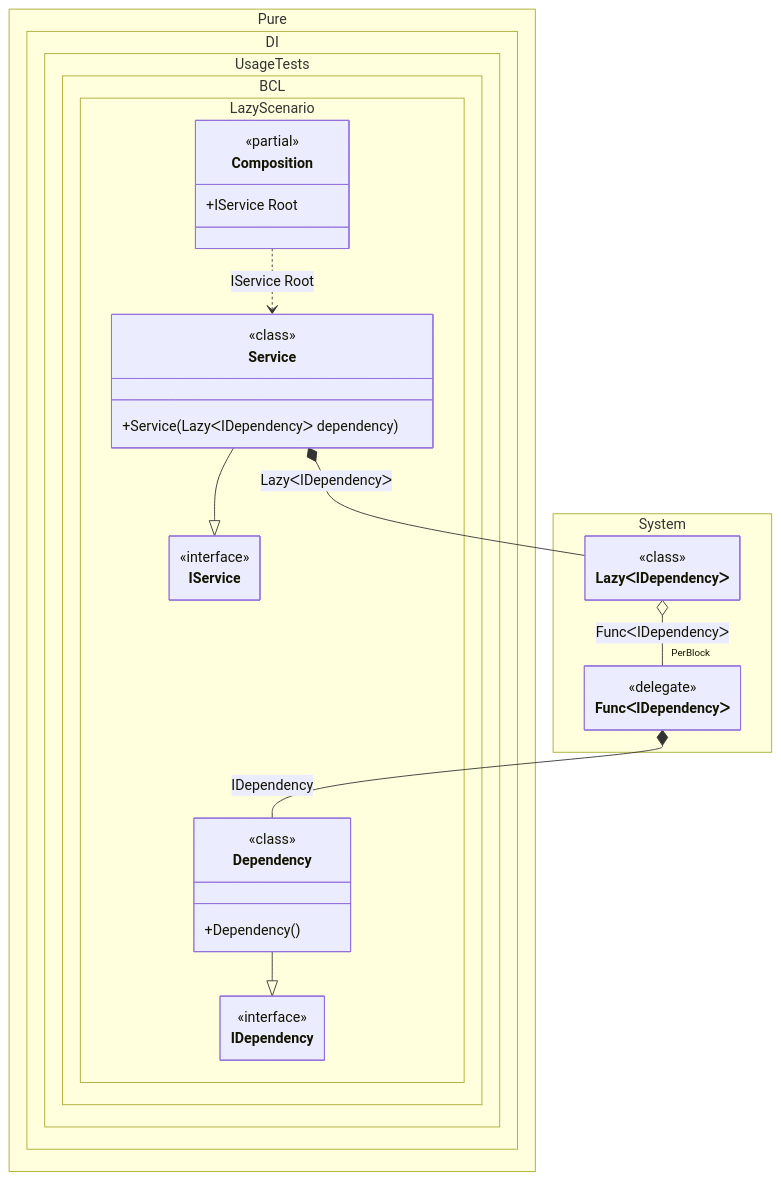
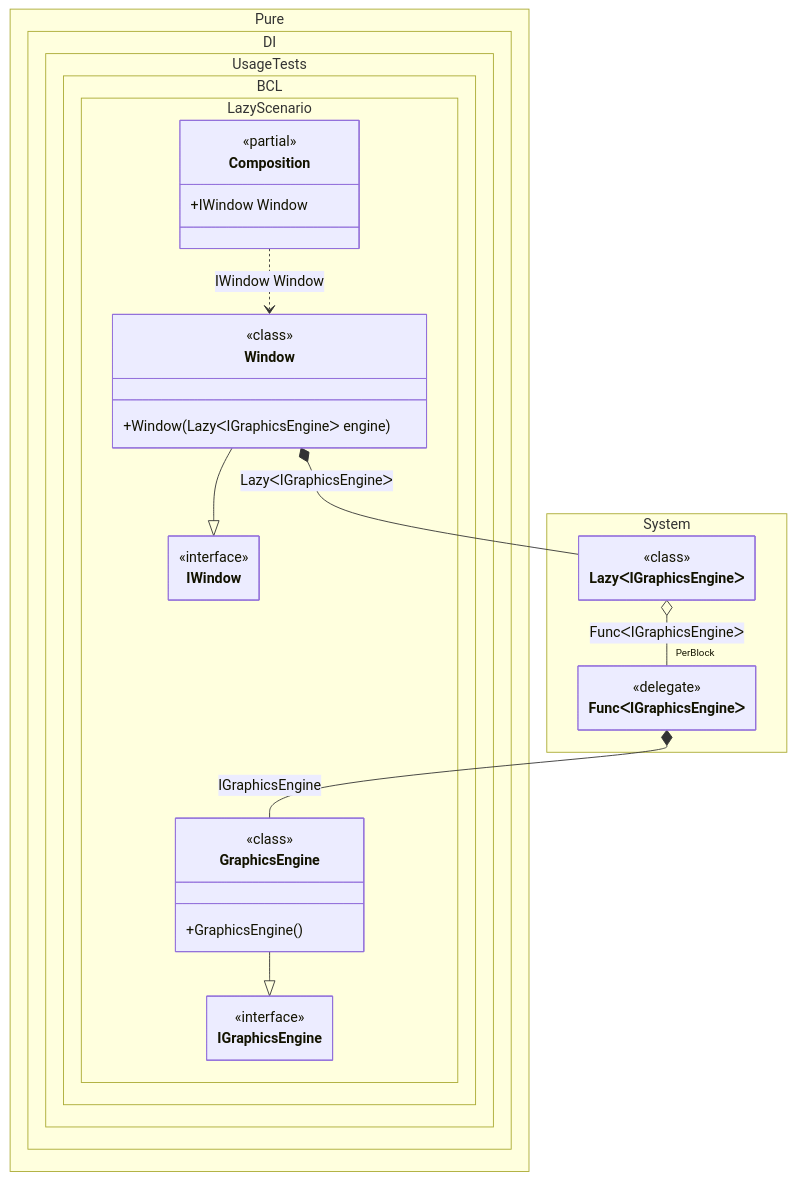
The diagram in readme/lazy.md (DevTeam/Pure.DI), drawn with Mermaid before and after one commit. The commit also changed other lines of this file and 126 other files, not shown here.

````diff
--- a/readme/lazy.md
+++ b/readme/lazy.md
@@ -100,44 +102,44 @@
 ```mermaid
 ---
  config:
   maxTextSize: 2147483647
   maxEdges: 2147483647
   class:
    hideEmptyMembersBox: true
 ---
 classDiagram
-	Dependency --|> IDependency
-	Service --|> IService
-	Composition ..> Service : IService Root
-	Service *--  LazyᐸIDependencyᐳ : LazyᐸIDependencyᐳ
-	LazyᐸIDependencyᐳ o-- "PerBlock" FuncᐸIDependencyᐳ : FuncᐸIDependencyᐳ
-	FuncᐸIDependencyᐳ *--  Dependency : IDependency
+	GraphicsEngine --|> IGraphicsEngine
+	Window --|> IWindow
+	Composition ..> Window : IWindow Window
+	Window *--  LazyᐸIGraphicsEngineᐳ : LazyᐸIGraphicsEngineᐳ
+	LazyᐸIGraphicsEngineᐳ o-- "PerBlock" FuncᐸIGraphicsEngineᐳ : FuncᐸIGraphicsEngineᐳ
+	FuncᐸIGraphicsEngineᐳ *--  GraphicsEngine : IGraphicsEngine
 	namespace Pure.DI.UsageTests.BCL.LazyScenario {
 		class Composition {
 		<<partial>>
-		+IService Root
+		+IWindow Window
 		}
-		class Dependency {
+		class GraphicsEngine {
 				<<class>>
-			+Dependency()
+			+GraphicsEngine()
 		}
-		class IDependency {
+		class IGraphicsEngine {
 			<<interface>>
 		}
-		class IService {
+		class IWindow {
 			<<interface>>
 		}
-		class Service {
+		class Window {
 				<<class>>
-			+Service(LazyᐸIDependencyᐳ dependency)
+			+Window(LazyᐸIGraphicsEngineᐳ engine)
 		}
 	}
 	namespace System {
-		class FuncᐸIDependencyᐳ {
+		class FuncᐸIGraphicsEngineᐳ {
 				<<delegate>>
 		}
-		class LazyᐸIDependencyᐳ {
+		class LazyᐸIGraphicsEngineᐳ {
 				<<class>>
 		}
 	}
 ```
````
